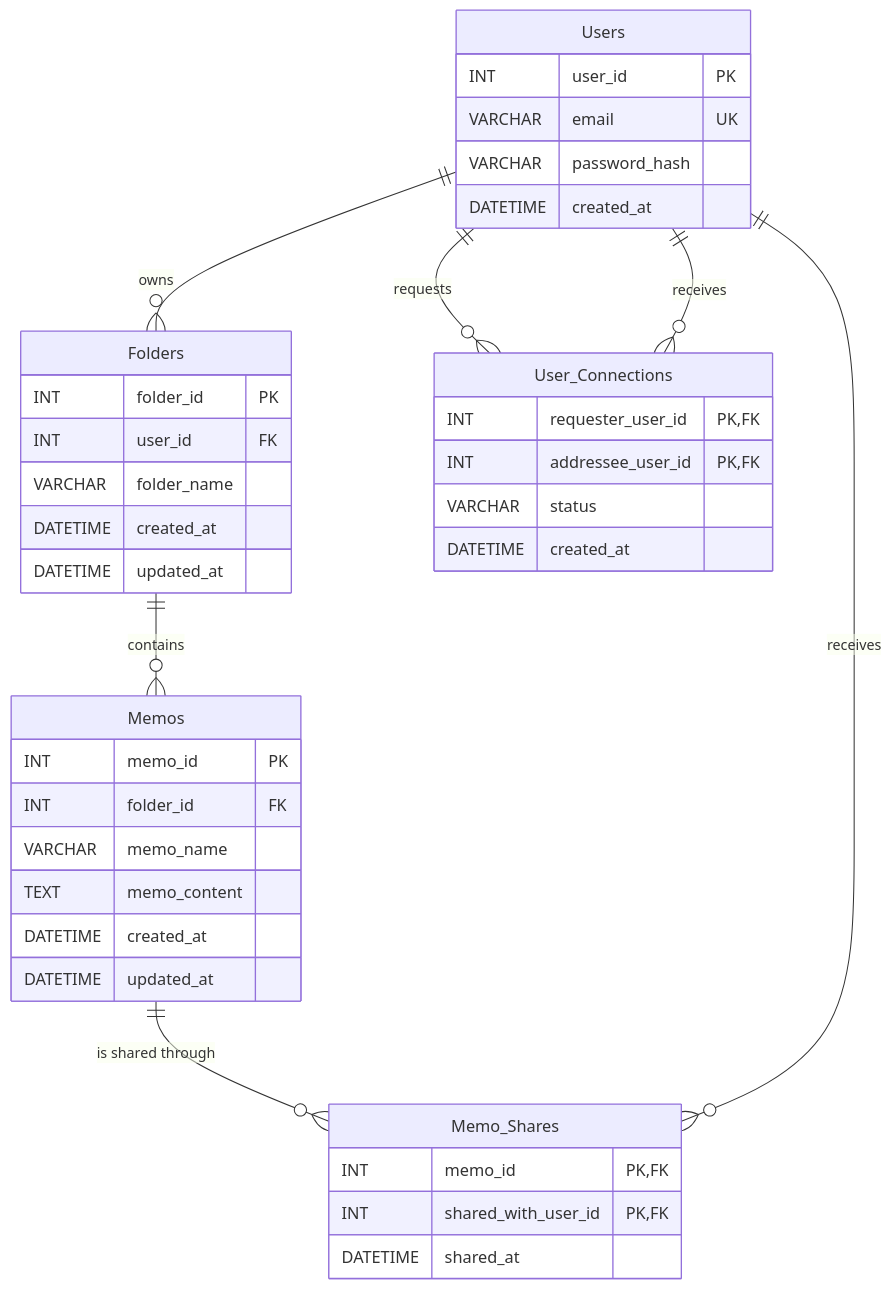
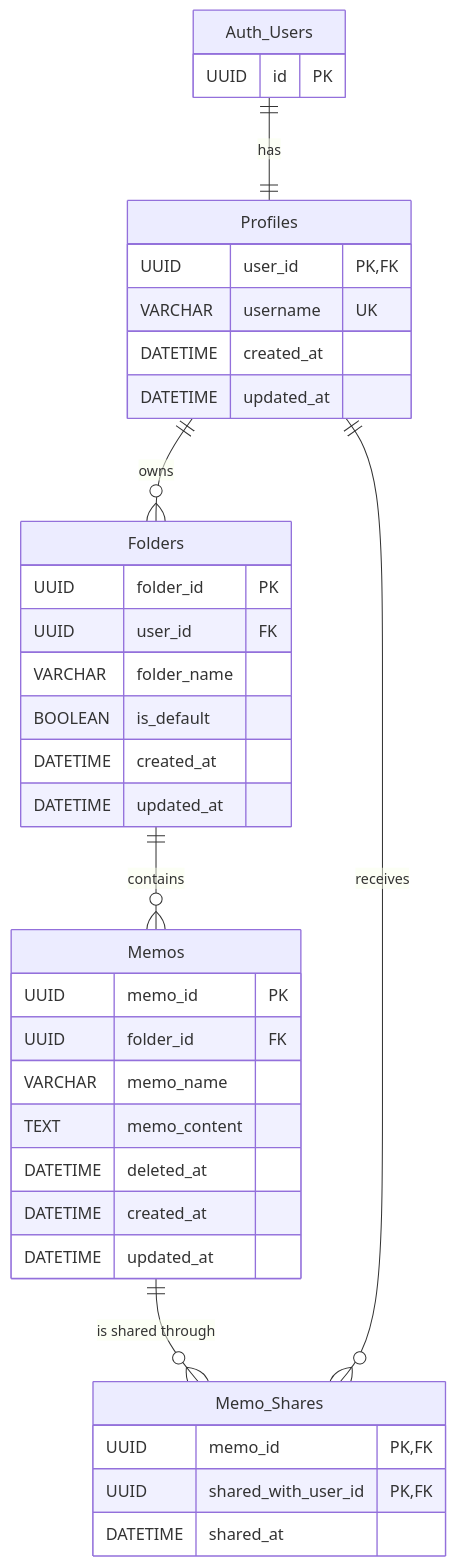
The diagram in docs/db_design.md (satohinata327/memo-app), drawn with Mermaid before and after one commit. The commit also changed other lines of this file, not shown here.

````diff
--- a/docs/db_design.md
+++ b/docs/db_design.md
@@ -20,46 +40,44 @@
 ```mermaid
 erDiagram
-    Users {
-        INT user_id PK
-        VARCHAR email UK
-        VARCHAR password_hash
+    Auth_Users {
+        UUID id PK
+    }
+
+    Profiles {
+        UUID user_id PK, FK
+        VARCHAR username UK
         DATETIME created_at
+        DATETIME updated_at
     }
 
     Folders {
-        INT folder_id PK
-        INT user_id FK
+        UUID folder_id PK
+        UUID user_id FK
         VARCHAR folder_name
+        BOOLEAN is_default
         DATETIME created_at
         DATETIME updated_at
     }
 
     Memos {
-        INT memo_id PK
-        INT folder_id FK
+        UUID memo_id PK
+        UUID folder_id FK
         VARCHAR memo_name
         TEXT memo_content
+        DATETIME deleted_at
         DATETIME created_at
         DATETIME updated_at
     }
 
-    User_Connections {
-        INT requester_user_id PK, FK
-        INT addressee_user_id PK, FK
-        VARCHAR status
-        DATETIME created_at
-    }
-
     Memo_Shares {
-        INT memo_id PK, FK
-        INT shared_with_user_id PK, FK
+        UUID memo_id PK, FK
+        UUID shared_with_user_id PK, FK
         DATETIME shared_at
     }
 
-    Users ||--o{ Folders : "owns"
+    Auth_Users ||--|| Profiles : "has"
+    Profiles ||--o{ Folders : "owns"
     Folders ||--o{ Memos : "contains"
-    Users ||--o{ User_Connections : "requests"
-    Users ||--o{ User_Connections : "receives"
     Memos ||--o{ Memo_Shares : "is shared through"
-    Users ||--o{ Memo_Shares : "receives"
+    Profiles ||--o{ Memo_Shares : "receives"
 ```
````
